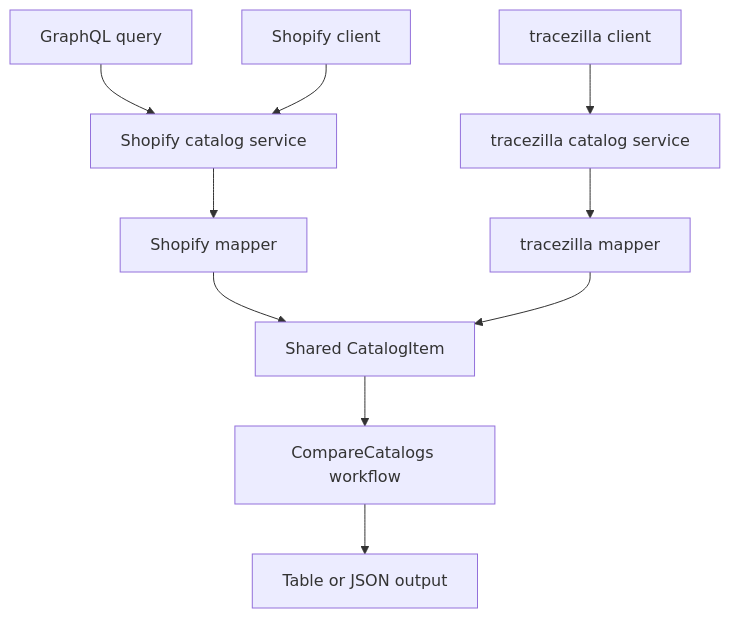
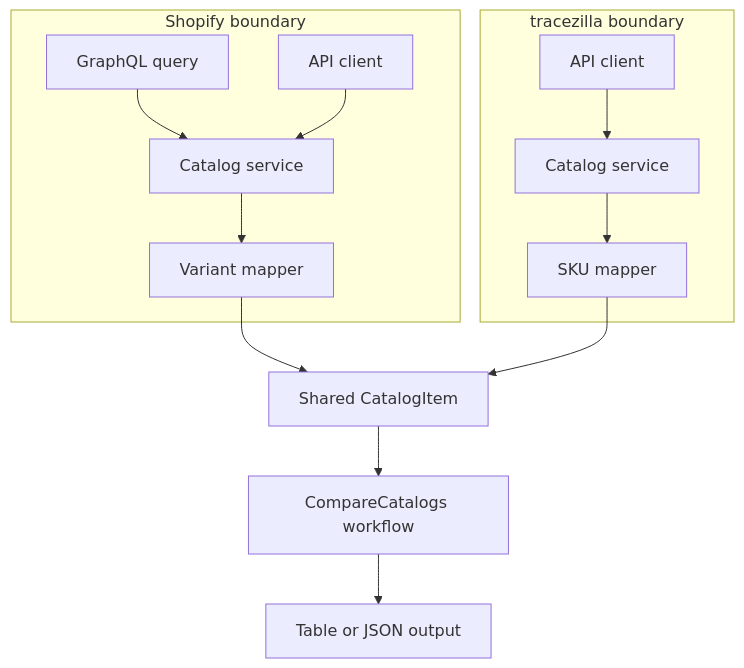
One commit to Happy-Bananas/tracezilla-integrations-docs changed the diagram in shopify/typescript.md. Above: the diagram before and after it, drawn with Mermaid. The commit also changed other lines of this file and 11 other files, not shown here.

```diff
--- a/shopify/typescript.md
+++ b/shopify/typescript.md
@@ -56,12 +55,16 @@
 <pre class="mermaid">
 flowchart TB
-    Query[GraphQL query] --> ShopifyService[Shopify catalog service]
-    ShopifyClient[Shopify client] --> ShopifyService
-    ShopifyService --> ShopifyMapper[Shopify mapper]
-    TracezillaClient[tracezilla client] --> TracezillaService[tracezilla catalog service]
-    TracezillaService --> TracezillaMapper[tracezilla mapper]
+    subgraph Shopify[Shopify boundary]
+        Query[GraphQL query] --> ShopifyService[Catalog service]
+        ShopifyClient[API client] --> ShopifyService
+        ShopifyService --> ShopifyMapper[Variant mapper]
+    end
+    subgraph Tracezilla[tracezilla boundary]
+        TracezillaClient[API client] --> TracezillaService[Catalog service]
+        TracezillaService --> TracezillaMapper[SKU mapper]
+    end
     ShopifyMapper --> Model[Shared CatalogItem]
     TracezillaMapper --> Model
     Model --> Workflow[CompareCatalogs workflow]
     Workflow --> Output[Table or JSON output]
 </pre>
```
